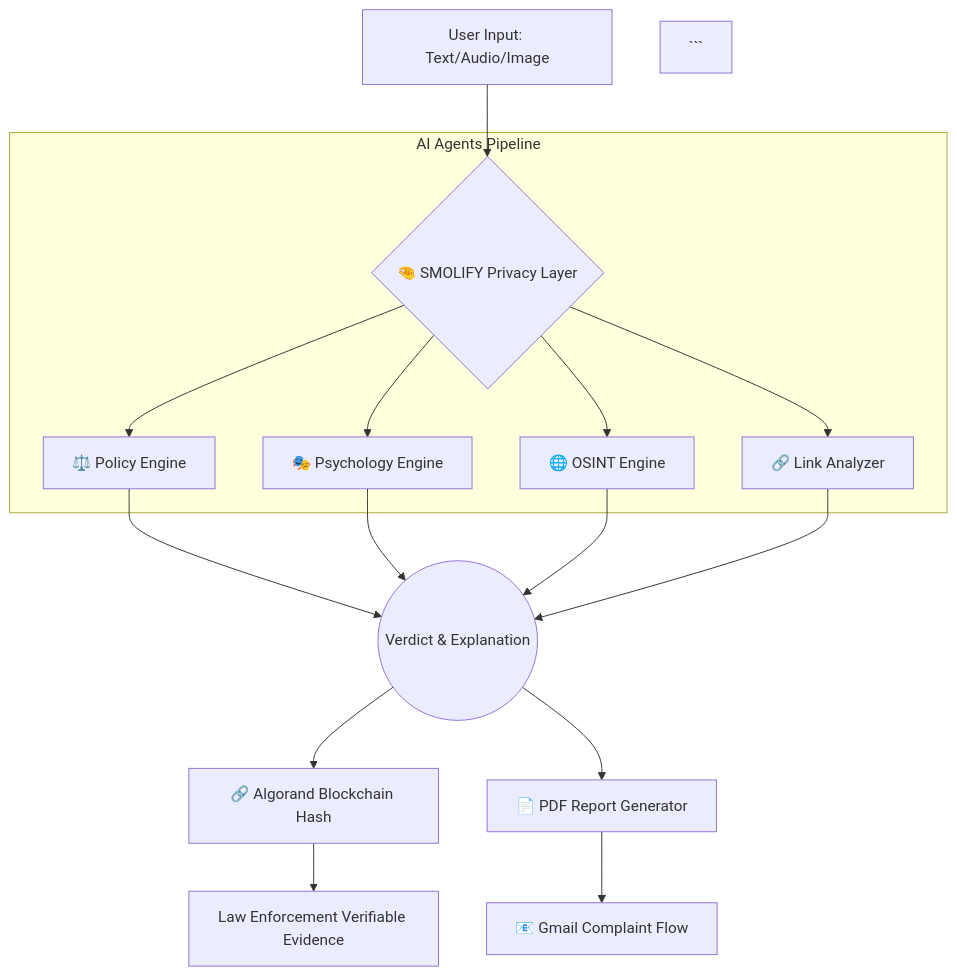
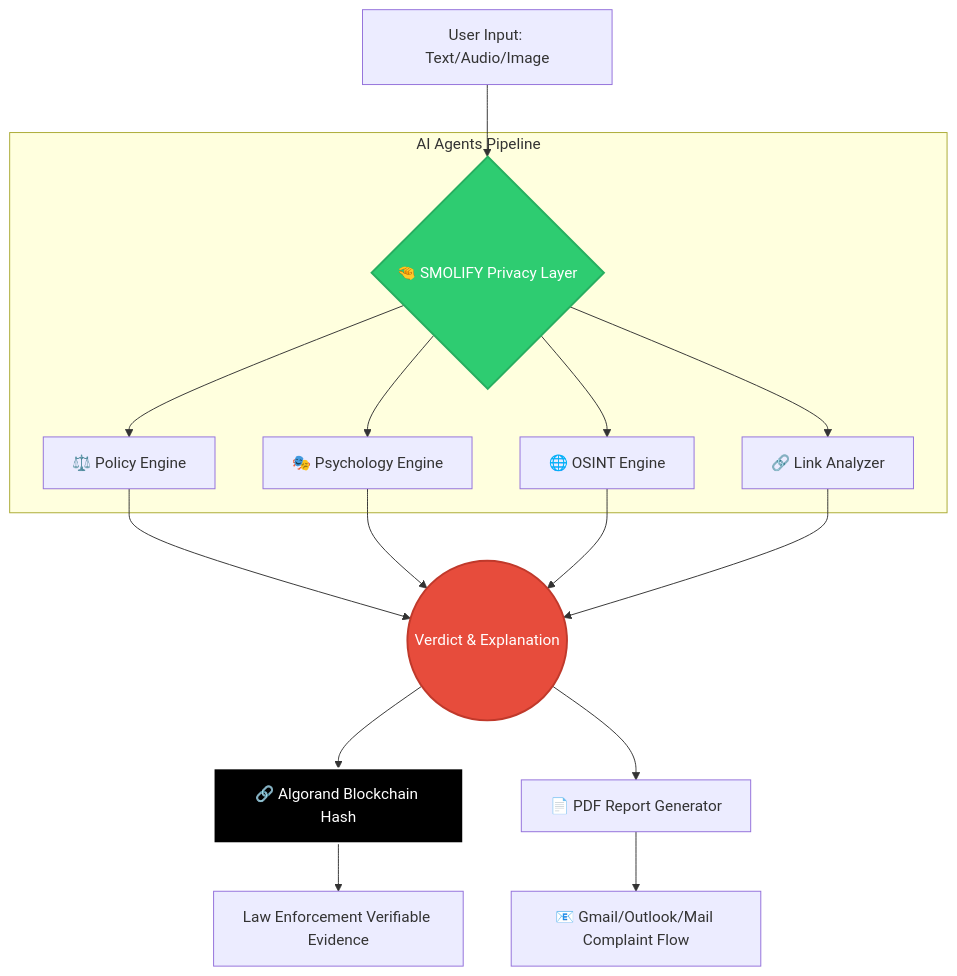
Before and after one commit to ayonpaul8906/TARK: the diagram in Readme.md, drawn with Mermaid. The commit also changed other lines of this file, not shown here.

````diff
--- a/Readme.md
+++ b/Readme.md
@@ -52,20 +52,23 @@
 ```mermaid
 graph TD
     A[User Input: Text/Audio/Image] --> B{🤏 SMOLIFY Privacy Layer}
     
     subgraph AI Agents Pipeline
         B --> C[⚖️ Policy Engine]
         B --> D[🎭 Psychology Engine]
         B --> E[🌐 OSINT Engine]
         B --> F[🔗 Link Analyzer]
     end
     
     C & D & E & F --> G((Verdict & Explanation))
     
     G --> H[🔗 Algorand Blockchain Hash]
     G --> I[📄 PDF Report Generator]
     
     H --> J[Law Enforcement Verifiable Evidence]
-    I --> K[📧 Gmail Complaint Flow]
-    ```
+    I --> K[📧 Gmail/Outlook/Mail Complaint Flow]
+
+style B fill:#2ecc71,stroke:#27ae60,stroke-width:2px,color:#fff
+    style H fill:#000000,stroke:#fff,stroke-width:2px,color:#fff
+    style G fill:#e74c3c,stroke:#c0392b,stroke-width:2px,color:#fff
 ```
````
